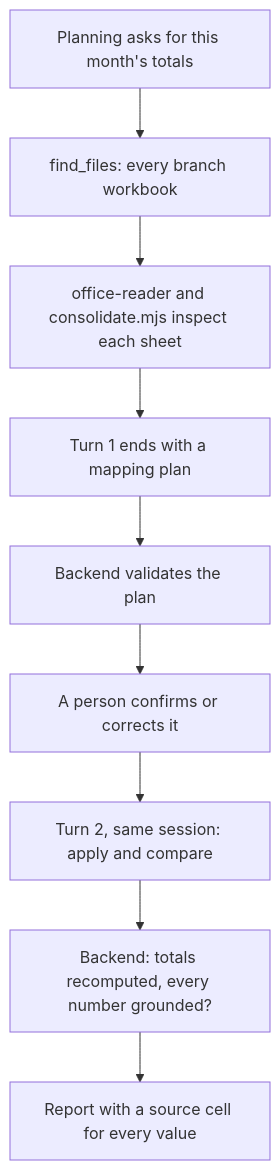
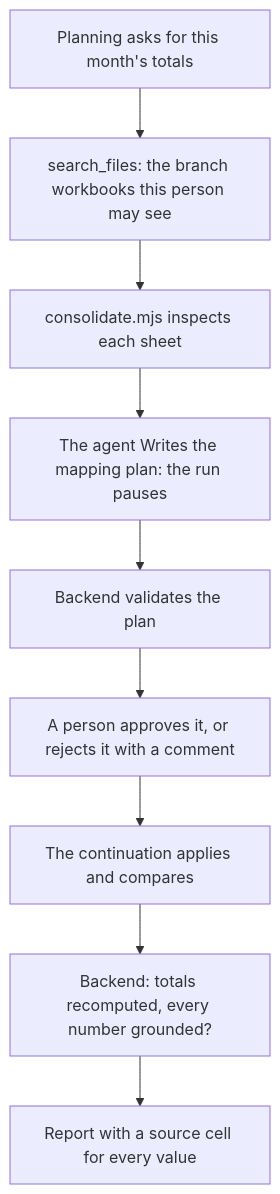
The first of 2 diagrams in docs/sdk/site/tutorials/excel-consolidation.mdx (indxjp/agent-workspace), drawn with Mermaid before and after one commit. The commit also changed other lines of this file and 2629 other files, not shown here.

````diff
--- a/docs/sdk/site/tutorials/excel-consolidation.mdx
+++ b/docs/sdk/site/tutorials/excel-consolidation.mdx
@@ -37,11 +45,11 @@
 ```mermaid
 flowchart TD
-  Q["Planning asks for this month's totals"] --> F["find_files: every branch workbook"]
-  F --> I["office-reader and consolidate.mjs inspect each sheet"]
-  I --> P["Turn 1 ends with a mapping plan"]
+  Q["Planning asks for this month's totals"] --> F["search_files: the branch workbooks this person may see"]
+  F --> I["consolidate.mjs inspects each sheet"]
+  I --> P["The agent Writes the mapping plan: the run pauses"]
   P --> V["Backend validates the plan"]
-  V --> H["A person confirms or corrects it"]
-  H --> T2["Turn 2, same session: apply and compare"]
+  V --> H["A person approves it, or rejects it with a comment"]
+  H --> T2["The continuation applies and compares"]
   T2 --> G["Backend: totals recomputed, every number grounded?"]
   G --> R["Report with a source cell for every value"]
 ```
````
